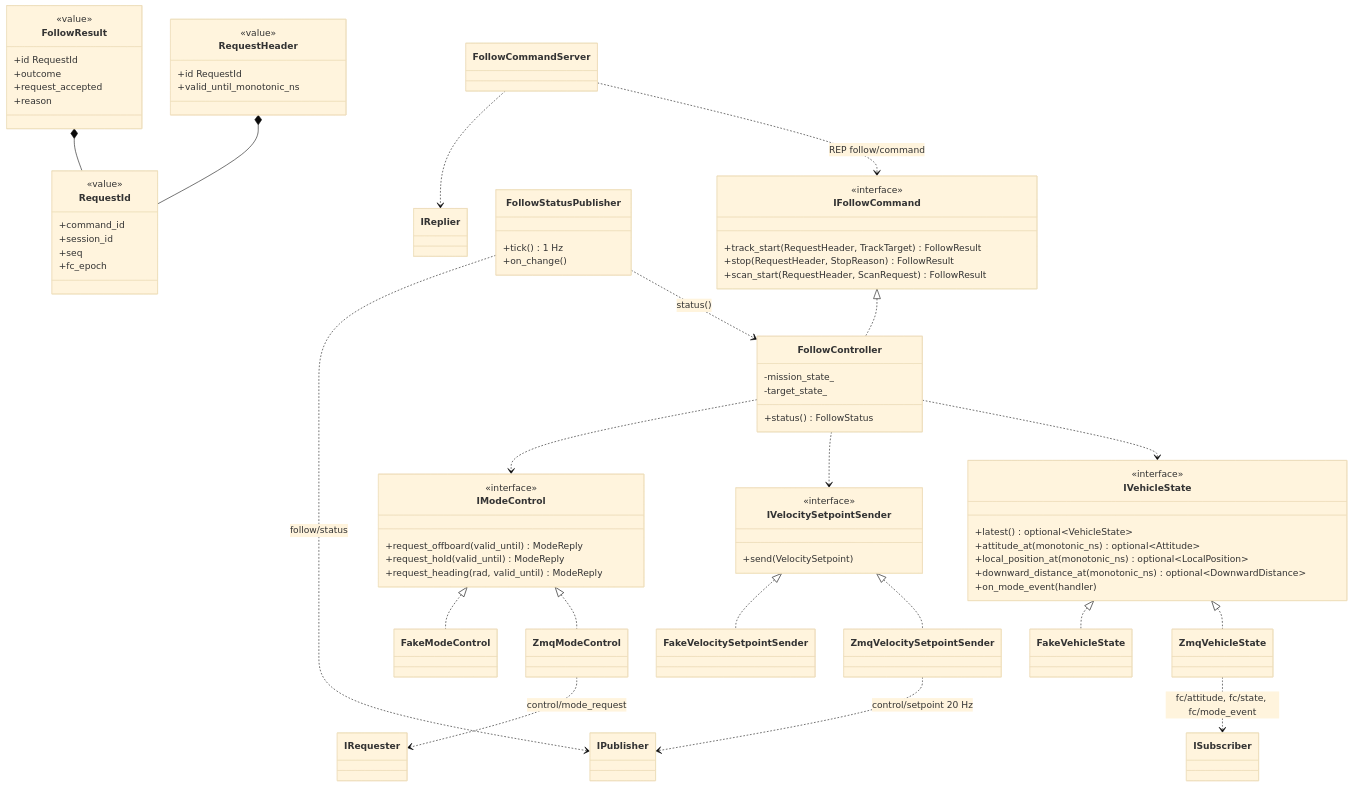
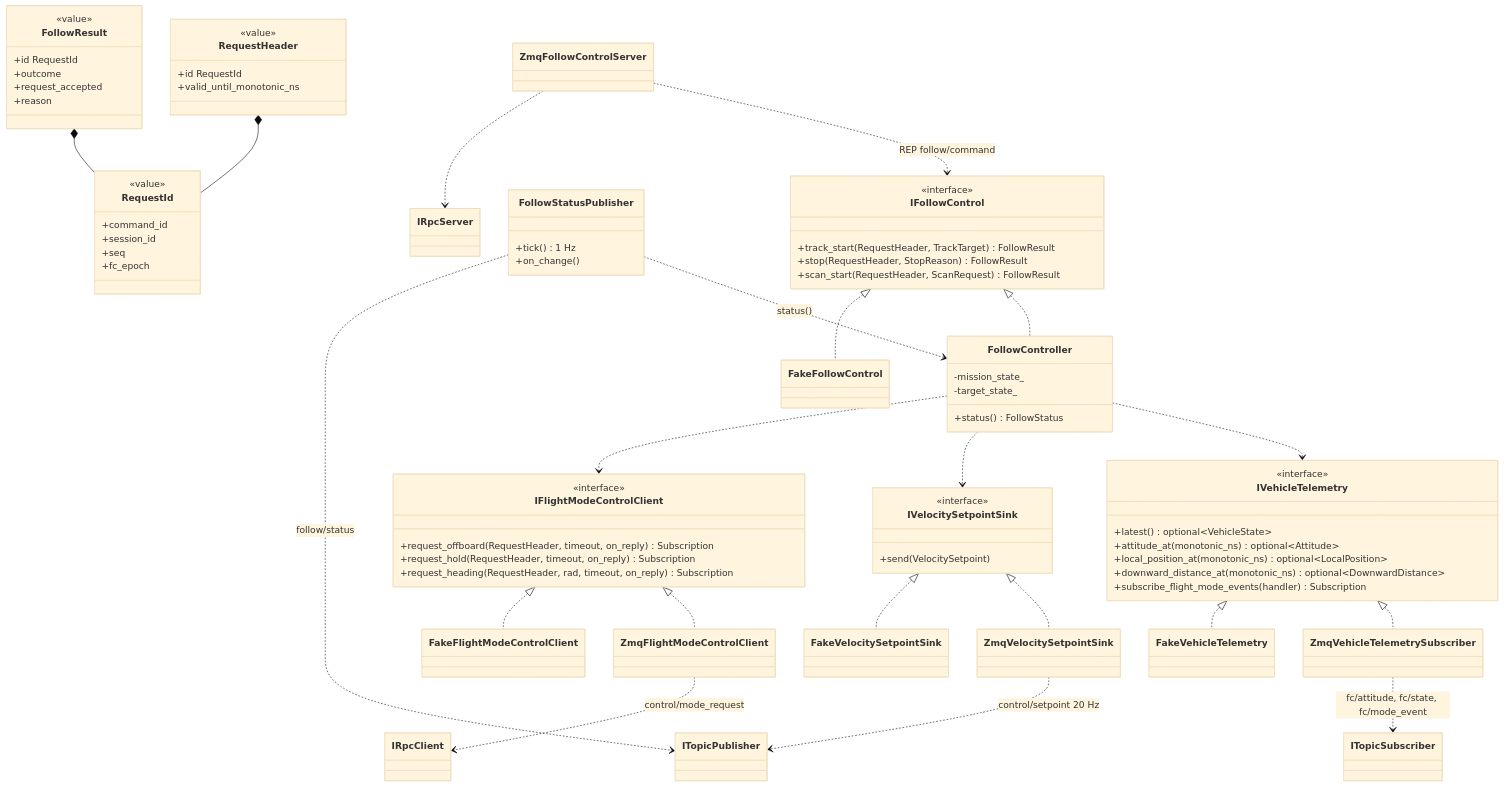
Before and after one commit to lig-argus/argus-edge-vision: the diagram in docs/design/uml/class_follow.md, drawn with Mermaid (base theme). The commit also changed other lines of this file and 7 other files, not shown here.

````diff
--- a/docs/design/uml/class_follow.md
+++ b/docs/design/uml/class_follow.md
@@ -9,24 +10,24 @@
 ```mermaid
 classDiagram
-    class IVehicleState {
+    class IVehicleTelemetry {
         <<interface>>
         +latest() optional~VehicleState~
         +attitude_at(monotonic_ns) optional~Attitude~
         +local_position_at(monotonic_ns) optional~LocalPosition~
         +downward_distance_at(monotonic_ns) optional~DownwardDistance~
-        +on_mode_event(handler)
+        +subscribe_flight_mode_events(handler) Subscription
     }
-    class IVelocitySetpointSender {
+    class IVelocitySetpointSink {
         <<interface>>
         +send(VelocitySetpoint)
     }
-    class IModeControl {
+    class IFlightModeControlClient {
         <<interface>>
-        +request_offboard(valid_until) ModeReply
-        +request_hold(valid_until) ModeReply
-        +request_heading(rad, valid_until) ModeReply
+        +request_offboard(RequestHeader, timeout, on_reply) Subscription
+        +request_hold(RequestHeader, timeout, on_reply) Subscription
+        +request_heading(RequestHeader, rad, timeout, on_reply) Subscription
     }
-    class IFollowCommand {
+    class IFollowControl {
         <<interface>>
         +track_start(RequestHeader, TrackTarget) FollowResult
         +stop(RequestHeader, StopReason) FollowResult
@@ -58,33 +59,35 @@
         -target_state_
         +status() FollowStatus
     }
-    class ZmqVehicleState
-    class ZmqVelocitySetpointSender
-    class ZmqModeControl
-    class FollowCommandServer
+    class ZmqVehicleTelemetrySubscriber
+    class ZmqVelocitySetpointSink
+    class ZmqFlightModeControlClient
+    class ZmqFollowControlServer
     class FollowStatusPublisher {
         +tick() 1 Hz
         +on_change()
     }
-    class FakeVehicleState
-    class FakeVelocitySetpointSender
-    class FakeModeControl
+    class FakeVehicleTelemetry
+    class FakeVelocitySetpointSink
+    class FakeFlightModeControlClient
+    class FakeFollowControl
 
-    IVehicleState <|.. ZmqVehicleState
-    IVehicleState <|.. FakeVehicleState
-    IVelocitySetpointSender <|.. ZmqVelocitySetpointSender
-    IVelocitySetpointSender <|.. FakeVelocitySetpointSender
-    IModeControl <|.. ZmqModeControl
-    IModeControl <|.. FakeModeControl
-    IFollowCommand <|.. FollowController
-    FollowController ..> IVehicleState
-    FollowController ..> IVelocitySetpointSender
-    FollowController ..> IModeControl
-    FollowCommandServer ..> IFollowCommand : REP follow/command
+    IVehicleTelemetry <|.. ZmqVehicleTelemetrySubscriber
+    IVehicleTelemetry <|.. FakeVehicleTelemetry
+    IVelocitySetpointSink <|.. ZmqVelocitySetpointSink
+    IVelocitySetpointSink <|.. FakeVelocitySetpointSink
+    IFlightModeControlClient <|.. ZmqFlightModeControlClient
+    IFlightModeControlClient <|.. FakeFlightModeControlClient
+    IFollowControl <|.. FollowController
+    IFollowControl <|.. FakeFollowControl
+    FollowController ..> IVehicleTelemetry
+    FollowController ..> IVelocitySetpointSink
+    FollowController ..> IFlightModeControlClient
+    ZmqFollowControlServer ..> IFollowControl : REP follow/command
     FollowStatusPublisher ..> FollowController : status()
-    ZmqVehicleState ..> ISubscriber : fc/attitude, fc/state, fc/mode_event
-    ZmqVelocitySetpointSender ..> IPublisher : control/setpoint 20 Hz
-    ZmqModeControl ..> IRequester : control/mode_request
-    FollowCommandServer ..> IReplier
-    FollowStatusPublisher ..> IPublisher : follow/status
+    ZmqVehicleTelemetrySubscriber ..> ITopicSubscriber : fc/attitude, fc/state, fc/mode_event
+    ZmqVelocitySetpointSink ..> ITopicPublisher : control/setpoint 20 Hz
+    ZmqFlightModeControlClient ..> IRpcClient : control/mode_request
+    ZmqFollowControlServer ..> IRpcServer
+    FollowStatusPublisher ..> ITopicPublisher : follow/status
 ```
````
